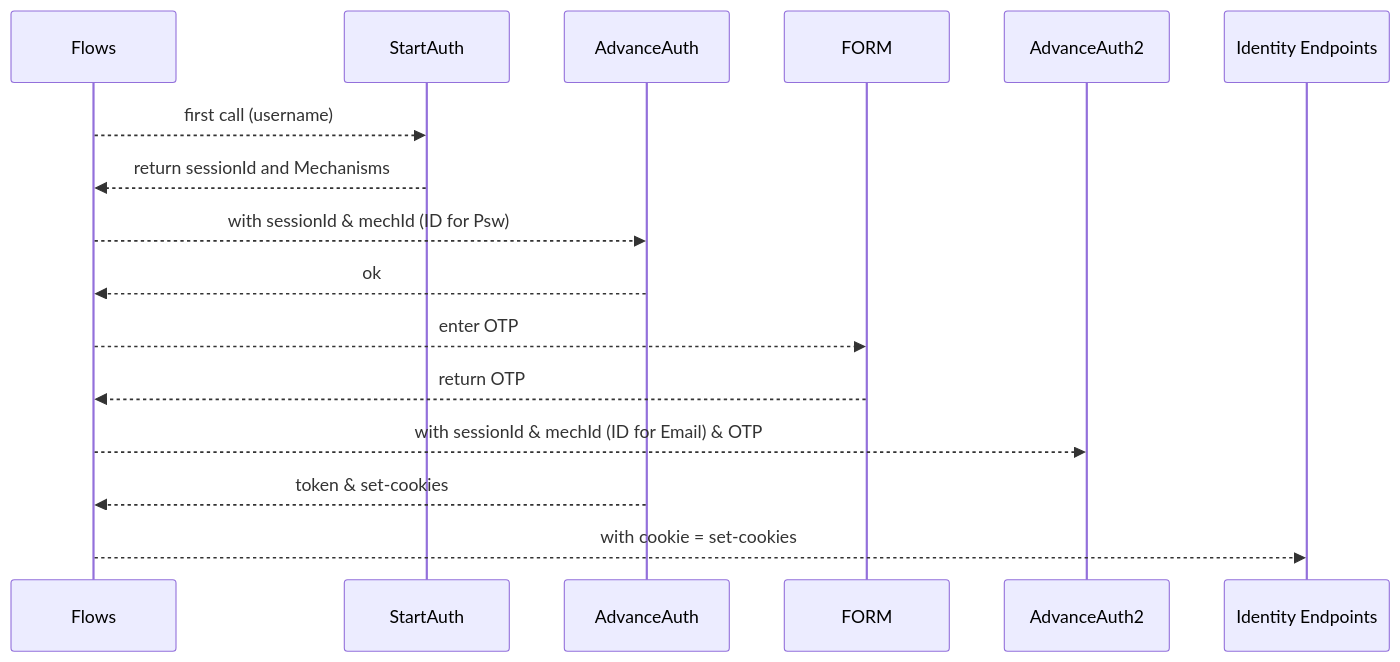
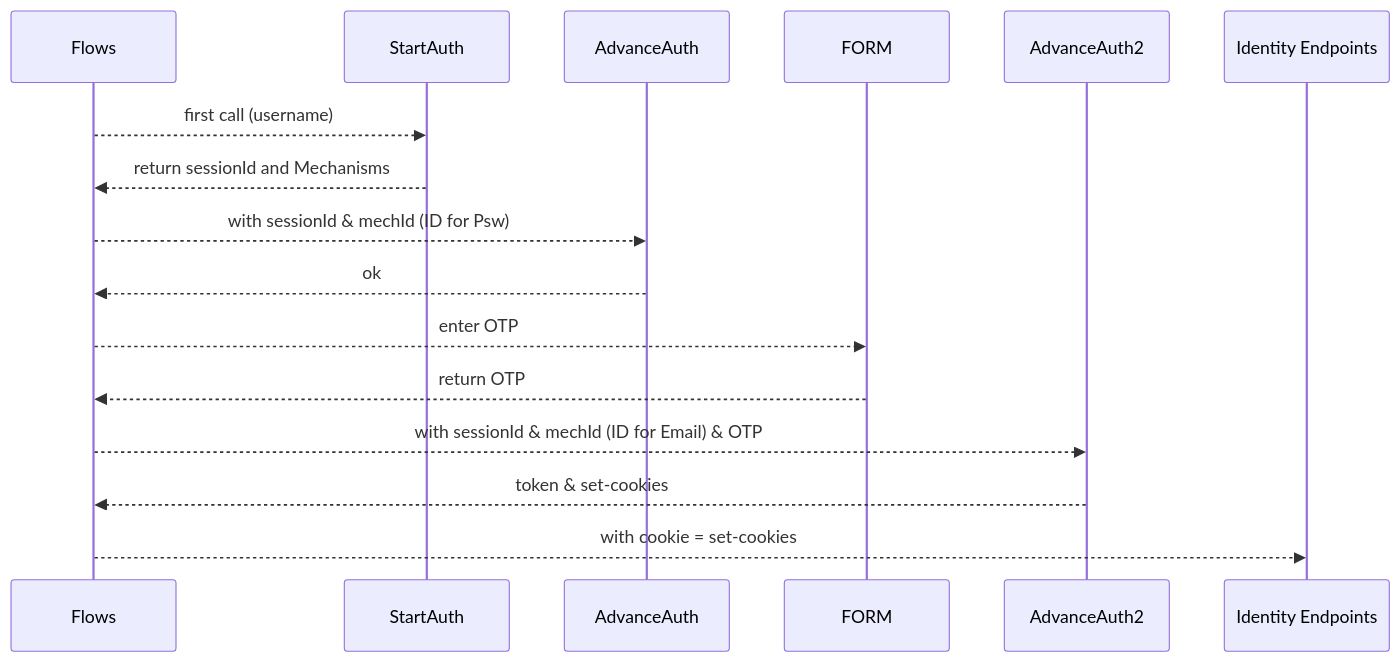
The second of 3 diagrams in FLOWS/CyberArk Identity/UserContextAuthentication/readme.md (horemansp/CyberArk), drawn with Mermaid before and after one commit. The commit also changed other lines of this file, not shown here.

````diff
--- a/FLOWS/CyberArk Identity/UserContextAuthentication/readme.md
+++ b/FLOWS/CyberArk Identity/UserContextAuthentication/readme.md
@@ -17,12 +17,12 @@
 ```mermaid
 sequenceDiagram
 Flows-->>StartAuth:first call (username)
 StartAuth-->>Flows:return sessionId and Mechanisms
 Flows-->>AdvanceAuth:with sessionId & mechId (ID for Psw)
 AdvanceAuth-->>Flows:ok
 Flows-->>FORM: enter OTP
 FORM-->>Flows:return OTP
 Flows-->>AdvanceAuth2:with sessionId & mechId (ID for Email) & OTP
-AdvanceAuth-->>Flows:token & set-cookies
+AdvanceAuth2-->>Flows:token & set-cookies
 Flows-->>Identity Endpoints: with cookie = set-cookies
 ```
````
